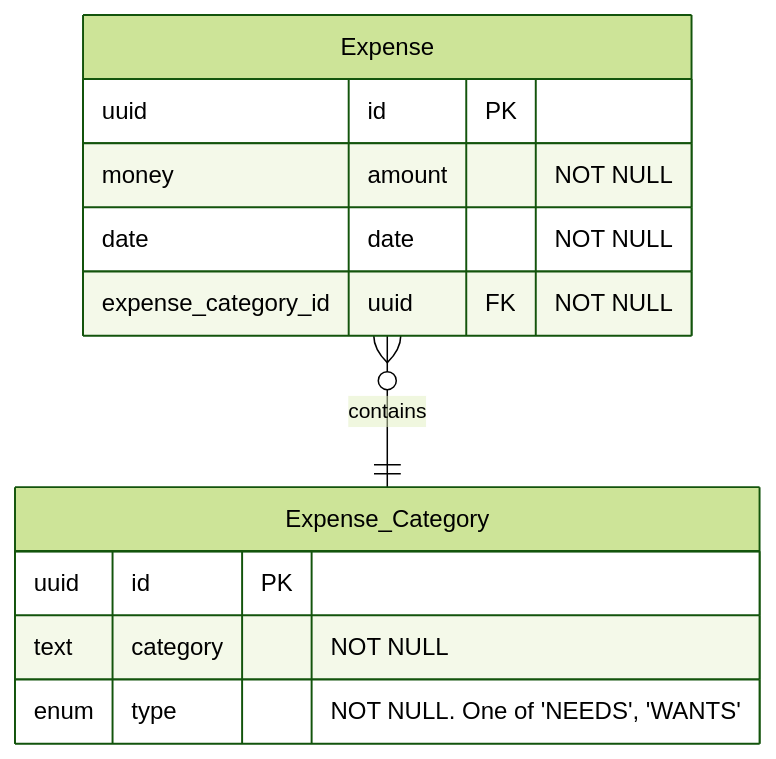
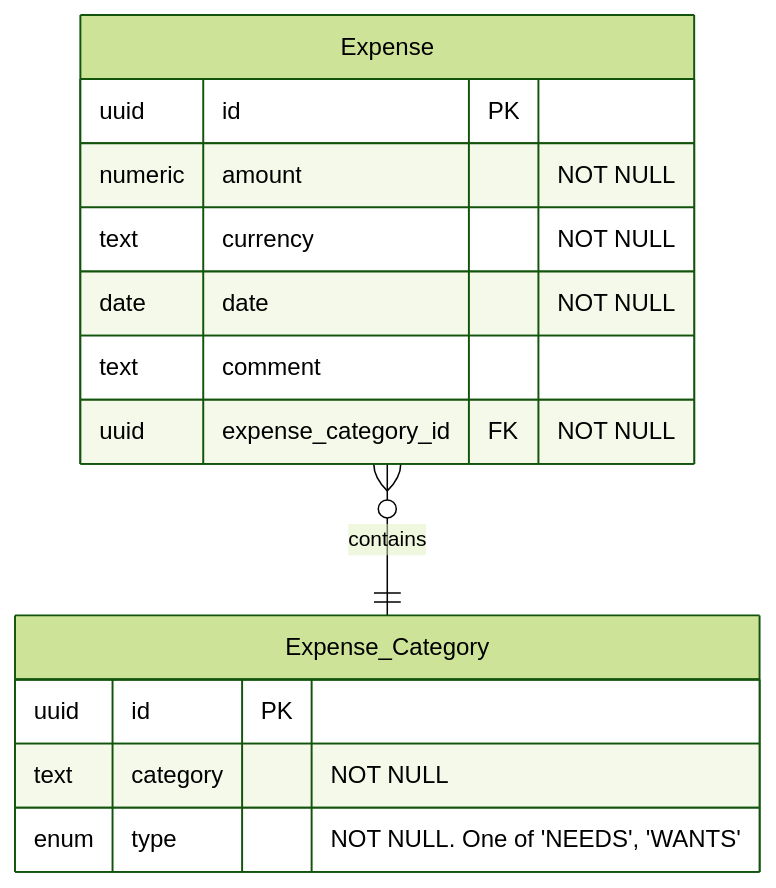
The second of 2 diagrams in README.md (lawseff/simple-budget), drawn with Mermaid (forest theme) before and after one commit.

Commit message:
Fix types in expense entity schema

````diff
--- a/README.md
+++ b/README.md
@@ -53,17 +53,19 @@
 ```mermaid
 erDiagram
     Expense }o--|| Expense_Category : contains
     
     Expense {
-        uuid id PK
-        money               amount "NOT NULL"
-        date                date   "NOT NULL"
-        expense_category_id uuid   FK "NOT NULL"
+        uuid    id                  PK
+        numeric amount              "NOT NULL"
+        text    currency            "NOT NULL"
+        date    date                "NOT NULL"
+        text    comment
+        uuid    expense_category_id FK "NOT NULL"
     }
     
     Expense_Category {
         uuid id       PK
         text category "NOT NULL"
         enum type     "NOT NULL. One of 'NEEDS', 'WANTS'"
     }
 ```
````
